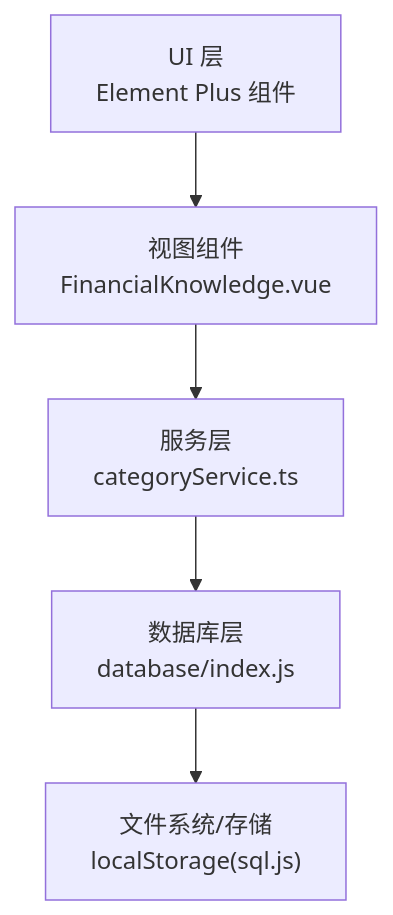
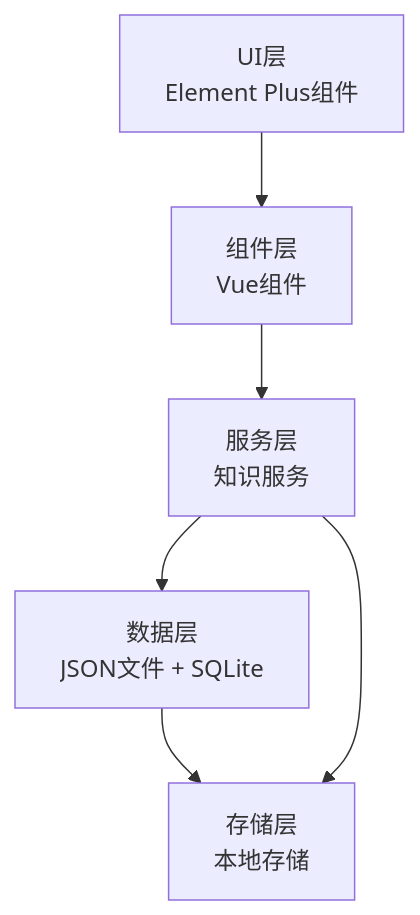
One commit to xiao-lin-unit/yuan changed the second of 6 diagrams in .qoder/repowiki/zh/content/财务分析/财务知识库.md. Above: the diagram before and after it, drawn with Mermaid. The commit also changed other lines of this file and 16 other files, not shown here.

Commit message:
图片和图标处理

````diff
--- a/.qoder/repowiki/zh/content/财务分析/财务知识库.md
+++ b/.qoder/repowiki/zh/content/财务分析/财务知识库.md
@@ -103,12 +117,13 @@
 ```mermaid
 graph TB
-UI["UI 层<br/>Element Plus 组件"]
-VC["视图组件<br/>FinancialKnowledge.vue"]
-SVC["服务层<br/>categoryService.ts"]
-DB["数据库层<br/>database/index.js"]
-FS["文件系统/存储<br/>localStorage(sql.js)"]
-UI --> VC
-VC --> SVC
-SVC --> DB
-DB --> FS
+UI["UI层<br/>Element Plus组件"]
+COMP["组件层<br/>Vue组件"]
+SERVICE["服务层<br/>知识服务"]
+DATA["数据层<br/>JSON文件 + SQLite"]
+STORE["存储层<br/>本地存储"]
+UI --> COMP
+COMP --> SERVICE
+SERVICE --> DATA
+DATA --> STORE
+SERVICE --> STORE
 ```
````
